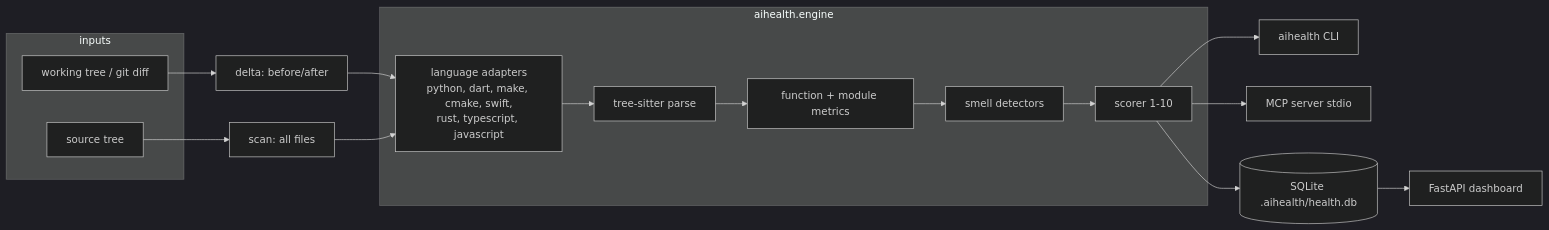
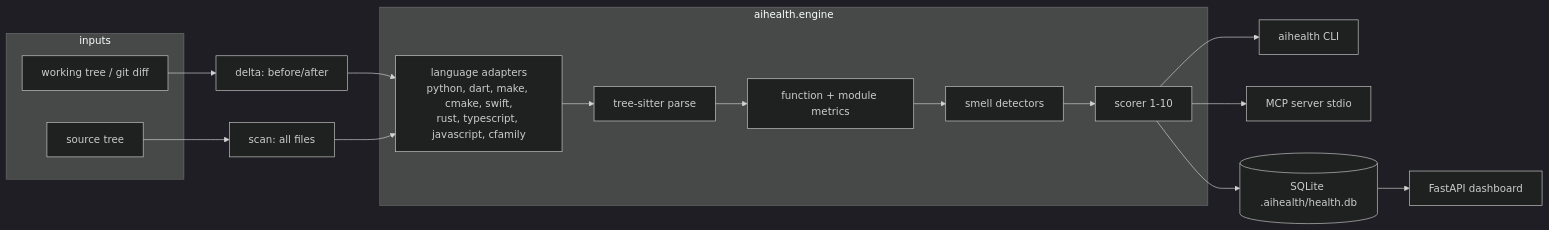
Before and after one commit to epatel/ai-health: the diagram in cards/architecture.md, drawn with Mermaid (dark theme). The commit also changed other lines of this file and 20 other files, not shown here.

````diff
--- a/cards/architecture.md
+++ b/cards/architecture.md
@@ -7,23 +7,23 @@
 ```mermaid
 flowchart LR
     subgraph inputs
         WT[working tree / git diff]
         REPO[source tree]
     end
     subgraph engine["aihealth.engine"]
-        LANG[language adapters<br/>python, dart, make, cmake, swift,<br/>rust, typescript, javascript]
+        LANG[language adapters<br/>python, dart, make, cmake, swift,<br/>rust, typescript, javascript, cfamily]
         TS[tree-sitter parse]
         MET[function + module metrics]
         SM[smell detectors]
         SC[scorer 1-10]
     end
     WT --> DELTA[delta: before/after]
     REPO --> SCAN[scan: all files]
     DELTA --> LANG
     SCAN --> LANG
     LANG --> TS --> MET --> SM --> SC
     SC --> CLI[aihealth CLI]
     SC --> MCP[MCP server stdio]
     SC --> DB[(SQLite .aihealth/health.db)]
     DB --> WEB[FastAPI dashboard]
 ```
````
